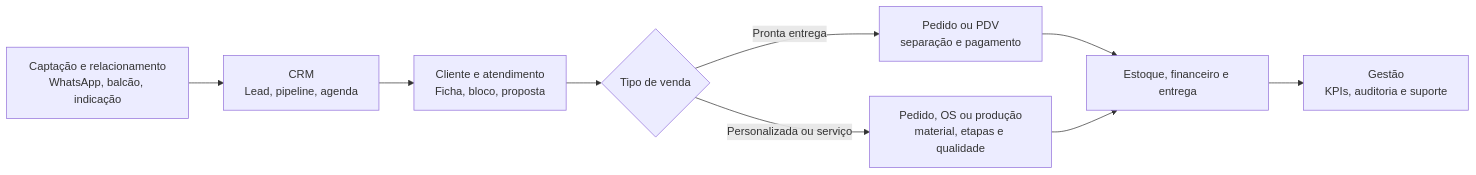
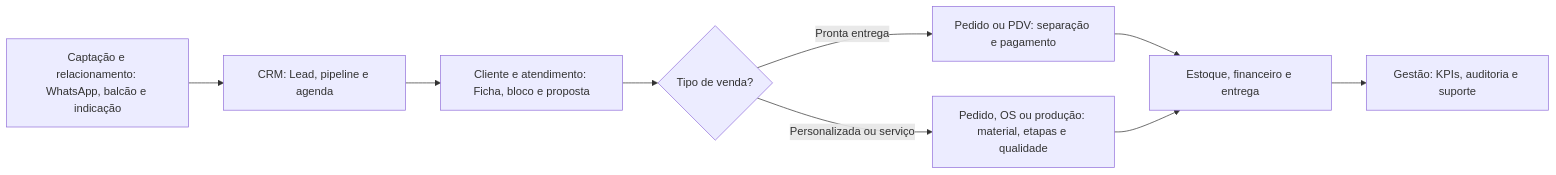
One commit to guilhermedemorais-dev/ORION-CRM changed the diagram in README.md. Above: the diagram before and after it, drawn with Mermaid.

Commit message:
docs: corrige diagrama Mermaid do README

````diff
--- a/README.md
+++ b/README.md
@@ -9,11 +9,11 @@
 ```mermaid
 flowchart LR
-  A[Captação e relacionamento<br/>WhatsApp, balcão, indicação] --> B[CRM<br/>Lead, pipeline, agenda]
-  B --> C[Cliente e atendimento<br/>Ficha, bloco, proposta]
-  C --> D{Tipo de venda}
-  D -->|Pronta entrega| E[Pedido ou PDV<br/>separação e pagamento]
-  D -->|Personalizada ou serviço| F[Pedido, OS ou produção<br/>material, etapas e qualidade]
-  E --> G[Estoque, financeiro e entrega]
+  A["Captação e relacionamento: WhatsApp, balcão e indicação"] --> B["CRM: Lead, pipeline e agenda"]
+  B --> C["Cliente e atendimento: Ficha, bloco e proposta"]
+  C --> D{"Tipo de venda?"}
+  D -->|"Pronta entrega"| E["Pedido ou PDV: separação e pagamento"]
+  D -->|"Personalizada ou serviço"| F["Pedido, OS ou produção: material, etapas e qualidade"]
+  E --> G["Estoque, financeiro e entrega"]
   F --> G
-  G --> H[Gestão<br/>KPIs, auditoria e suporte]
+  G --> H["Gestão: KPIs, auditoria e suporte"]
 ```
````
